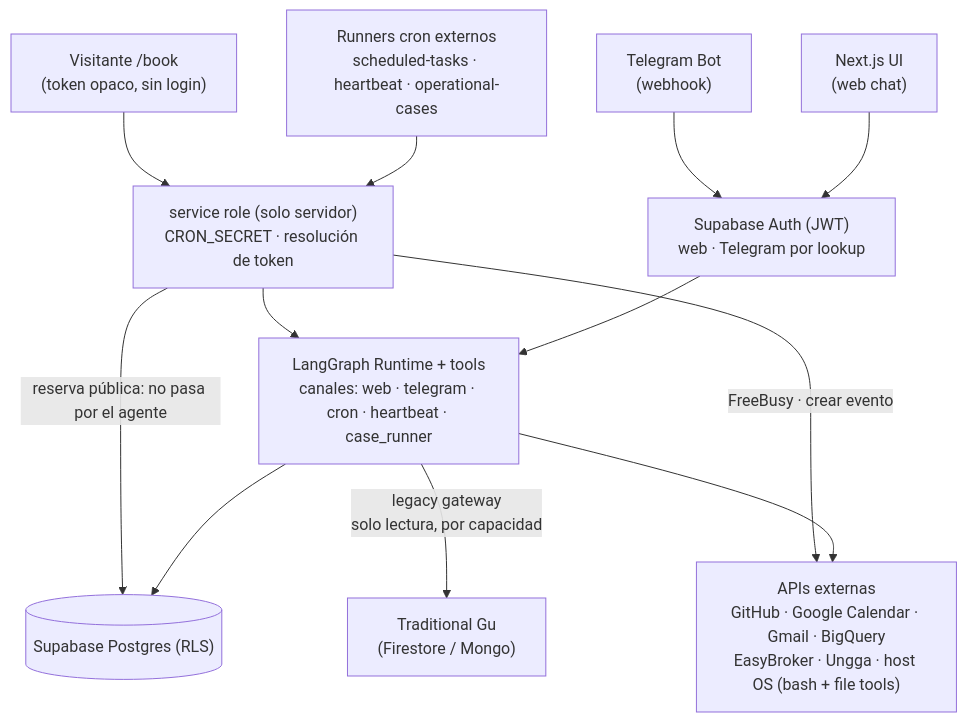
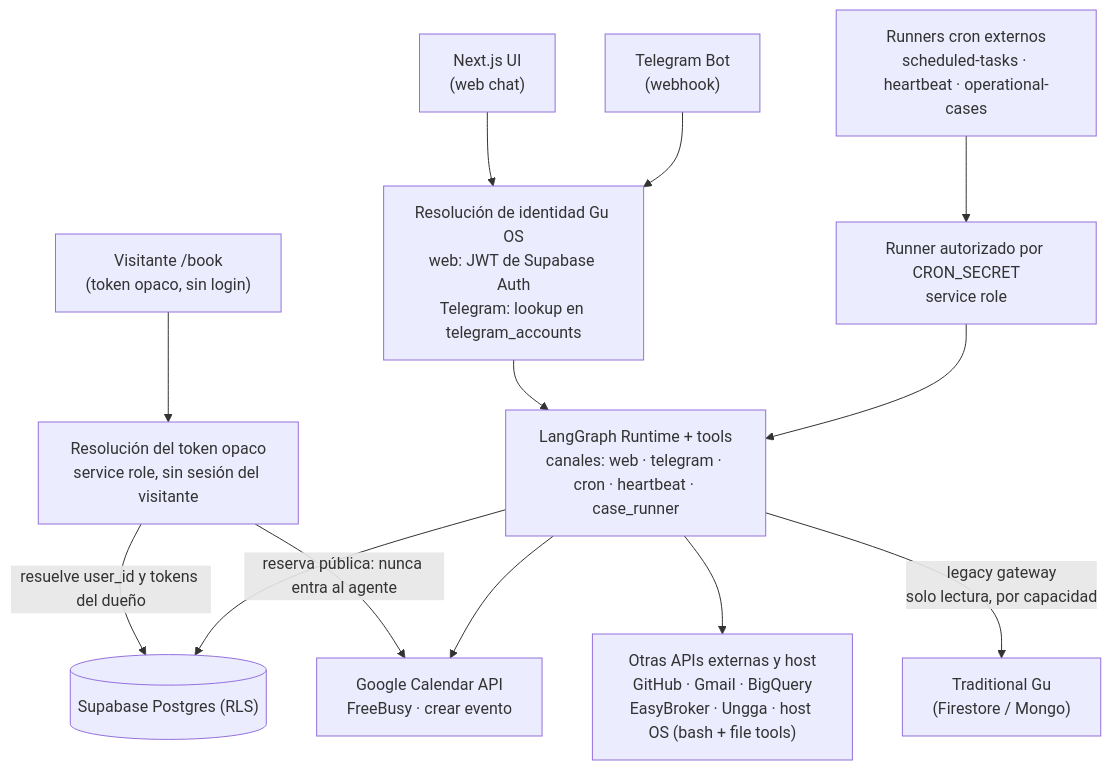
One commit to janotowers/Gu-OS changed the diagram in docs/architecture.md. Above: the diagram before and after it, drawn with Mermaid. The commit also changed other lines of this file, not shown here.

````diff
--- a/docs/architecture.md
+++ b/docs/architecture.md
@@ -83,31 +83,34 @@
 ```mermaid
 flowchart TD
   WEB["Next.js UI<br/>(web chat)"]
   TG["Telegram Bot<br/>(webhook)"]
   CRON["Runners cron externos<br/>scheduled-tasks · heartbeat · operational-cases"]
   BOOK["Visitante /book<br/>(token opaco, sin login)"]
 
-  AUTH["Supabase Auth (JWT)<br/>web · Telegram por lookup"]
-  SVC["service role (solo servidor)<br/>CRON_SECRET · resolución de token"]
+  ID["Resolución de identidad Gu OS<br/>web: JWT de Supabase Auth<br/>Telegram: lookup en telegram_accounts"]
+  RUNNER["Runner autorizado por CRON_SECRET<br/>service role"]
+  BOOKSVC["Resolución del token opaco<br/>service role, sin sesión del visitante"]
 
   LG["LangGraph Runtime + tools<br/>canales: web · telegram · cron · heartbeat · case_runner"]
 
   PG[("Supabase Postgres (RLS)")]
-  EXT["APIs externas<br/>GitHub · Google Calendar · Gmail · BigQuery<br/>EasyBroker · Ungga · host OS (bash + file tools)"]
+  GCAL["Google Calendar API<br/>FreeBusy · crear evento"]
+  EXT["Otras APIs externas y host<br/>GitHub · Gmail · BigQuery<br/>EasyBroker · Ungga · host OS (bash + file tools)"]
   TGU["Traditional Gu<br/>(Firestore / Mongo)"]
 
-  WEB --> AUTH
-  TG --> AUTH
-  CRON --> SVC
-  BOOK --> SVC
+  WEB --> ID
+  TG --> ID
+  ID --> LG
 
-  AUTH --> LG
-  SVC --> LG
+  CRON --> RUNNER
+  RUNNER --> LG
+
+  BOOK --> BOOKSVC
+  BOOKSVC -- "resuelve user_id y tokens del dueño" --> PG
+  BOOKSVC -- "reserva pública: nunca entra al agente" --> GCAL
 
   LG --> PG
+  LG --> GCAL
   LG --> EXT
   LG -- "legacy gateway<br/>solo lectura, por capacidad" --> TGU
-
-  SVC -- "reserva pública: no pasa por el agente" --> PG
-  SVC -- "FreeBusy · crear evento" --> EXT
 ```
````
